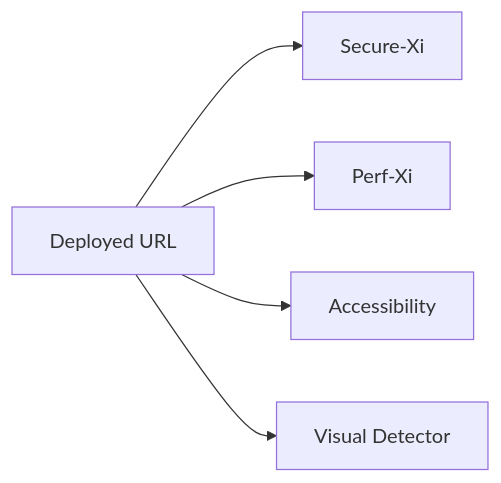
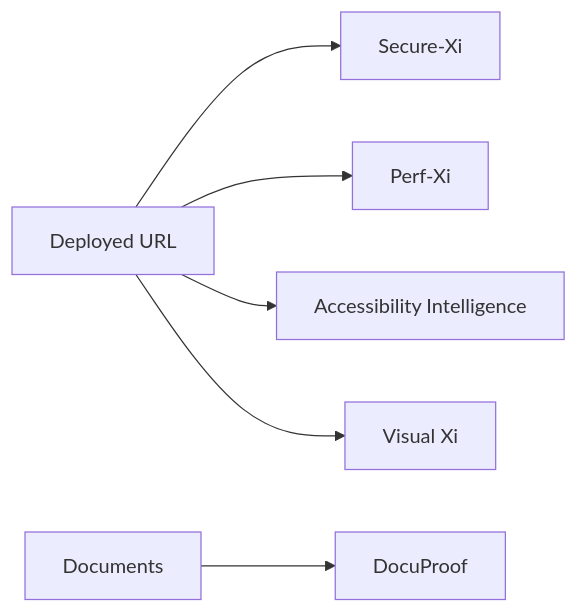
Before and after one commit to QE-CoE/zenseaiqicookbook: the diagram in docs/workflows/exploratory.md, drawn with Mermaid. The commit also changed other lines of this file and 34 other files, not shown here.

````diff
--- a/docs/workflows/exploratory.md
+++ b/docs/workflows/exploratory.md
@@ -5,7 +5,8 @@
 ```mermaid
 flowchart LR
   URL[Deployed URL] --> SX[Secure-Xi]
   URL --> PX[Perf-Xi]
-  URL --> AC[Accessibility]
-  URL --> VD[Visual Detector]
+  URL --> AC[Accessibility Intelligence]
+  URL --> VD[Visual Xi]
+  DOC[Documents] --> DP[DocuProof]
 ```
````
